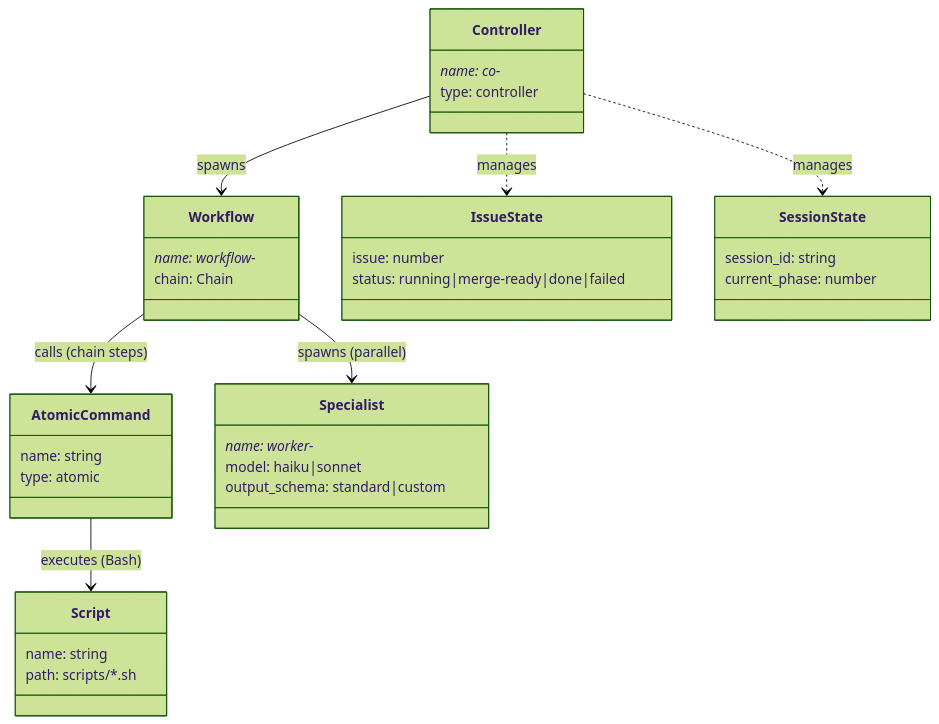
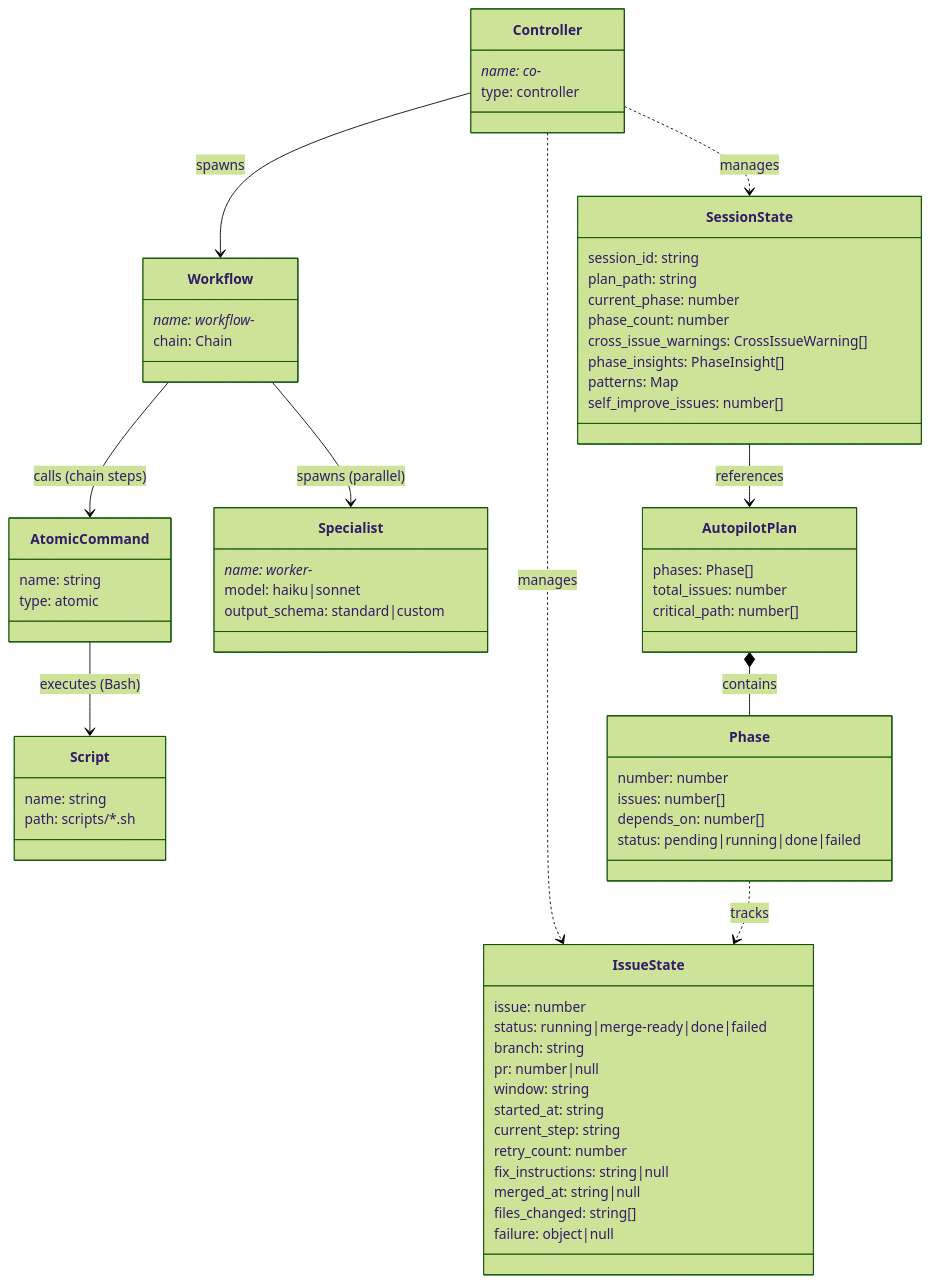
The first of 2 diagrams in plugins/dev/architecture/domain/model.md (shuu5/twill), drawn with Mermaid (forest theme) before and after one commit. The commit also changed other lines of this file and 11 other files, not shown here.

First line of the commit message:
docs: architecture/ 精緻化 — 設計判断反映・ADR・契約・用語追加

````diff
--- a/plugins/dev/architecture/domain/model.md
+++ b/plugins/dev/architecture/domain/model.md
@@ -3,38 +5,68 @@
 ```mermaid
 classDiagram
     class Controller {
         name: co-*
         type: controller
     }
     class Workflow {
         name: workflow-*
         chain: Chain
     }
     class AtomicCommand {
         name: string
         type: atomic
     }
     class Specialist {
         name: worker-*
         model: haiku|sonnet
         output_schema: standard|custom
     }
     class Script {
         name: string
         path: scripts/*.sh
     }
     class IssueState {
         issue: number
         status: running|merge-ready|done|failed
+        branch: string
+        pr: number|null
+        window: string
+        started_at: string
+        current_step: string
+        retry_count: number
+        fix_instructions: string|null
+        merged_at: string|null
+        files_changed: string[]
+        failure: object|null
     }
     class SessionState {
         session_id: string
+        plan_path: string
         current_phase: number
+        phase_count: number
+        cross_issue_warnings: CrossIssueWarning[]
+        phase_insights: PhaseInsight[]
+        patterns: Map
+        self_improve_issues: number[]
+    }
+    class Phase {
+        number: number
+        issues: number[]
+        depends_on: number[]
+        status: pending|running|done|failed
+    }
+    class AutopilotPlan {
+        phases: Phase[]
+        total_issues: number
+        critical_path: number[]
     }
     Controller --> Workflow : spawns
     Workflow --> AtomicCommand : calls (chain steps)
     Workflow --> Specialist : spawns (parallel)
     AtomicCommand --> Script : executes (Bash)
     Controller ..> IssueState : manages
     Controller ..> SessionState : manages
+    SessionState --> AutopilotPlan : references
+    AutopilotPlan *-- Phase : contains
+    Phase ..> IssueState : tracks
 ```
````
